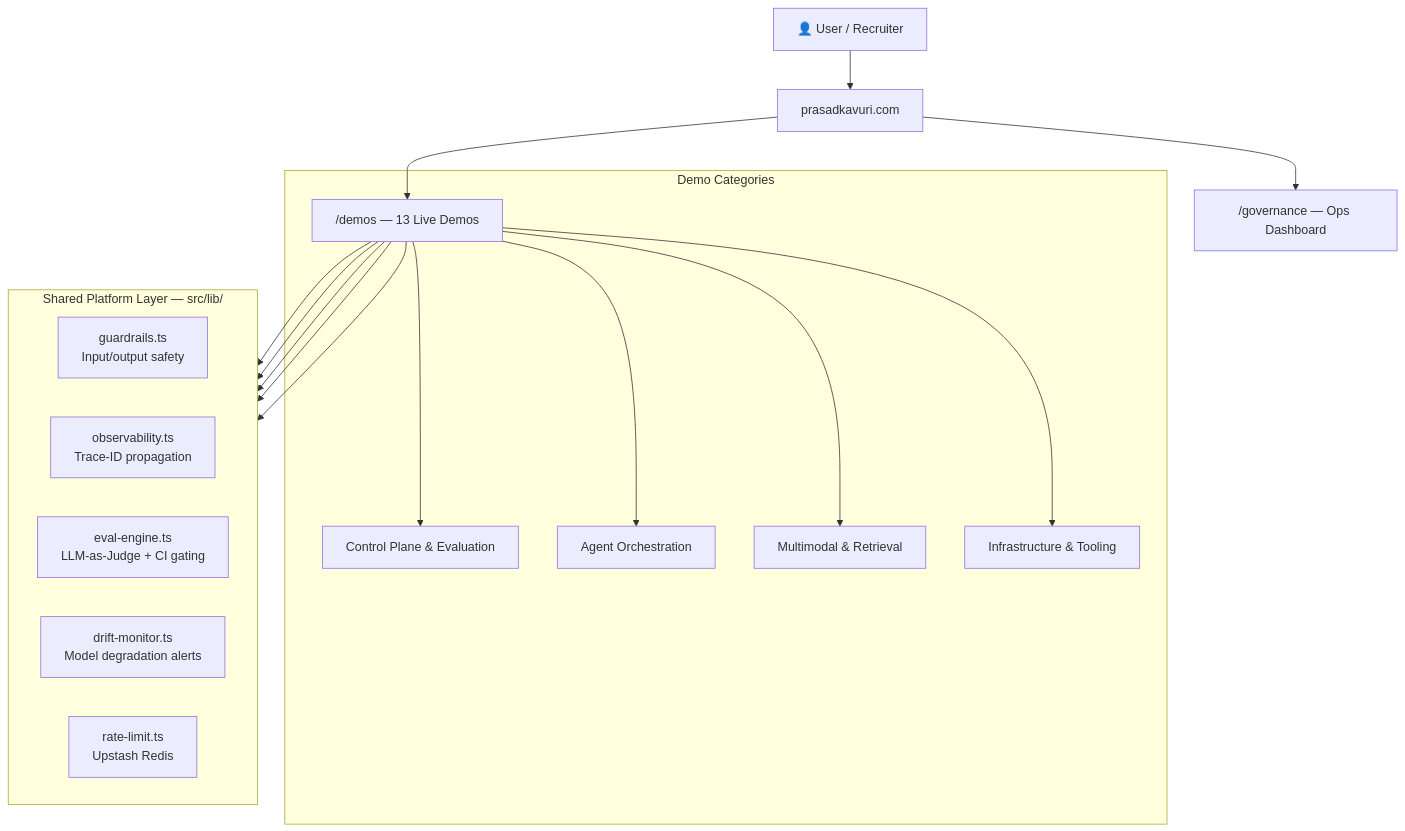
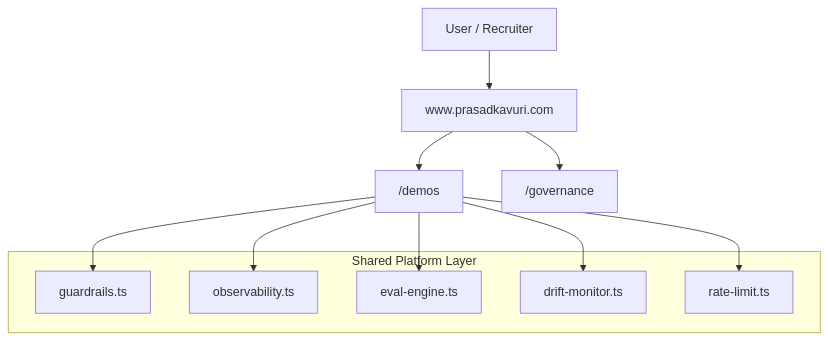
One commit to prasad-kavuri/prasad-portfolio changed the diagram in README.md. Above: the diagram before and after it, drawn with Mermaid. The commit also changed other lines of this file and 35 other files, not shown here.

````diff
--- a/README.md
+++ b/README.md
@@ -20,29 +27,20 @@
 ```mermaid
 graph TD
-  User["👤 User / Recruiter"] --> Site["prasadkavuri.com"]
+  User["User / Recruiter"] --> Site["www.prasadkavuri.com"]
+  Site --> Demos["/demos"]
+  Site --> Governance["/governance"]
 
-  Site --> Gov["/governance — Ops Dashboard"]
-  Site --> Demos["/demos — 13 Live Demos"]
-
-  subgraph "Demo Categories"
-    Demos --> Cat1["Control Plane & Evaluation"]
-    Demos --> Cat2["Agent Orchestration"]
-    Demos --> Cat3["Multimodal & Retrieval"]
-    Demos --> Cat4["Infrastructure & Tooling"]
+  subgraph "Shared Platform Layer"
+    Guardrails["guardrails.ts"]
+    Observability["observability.ts"]
+    Evals["eval-engine.ts"]
+    Drift["drift-monitor.ts"]
+    RateLimit["rate-limit.ts"]
   end
 
-  subgraph "Shared Platform Layer — src/lib/"
-    direction LR
-    G["guardrails.ts\nInput/output safety"]
-    O["observability.ts\nTrace-ID propagation"]
-    E["eval-engine.ts\nLLM-as-Judge + CI gating"]
-    D["drift-monitor.ts\nModel degradation alerts"]
-    R["rate-limit.ts\nUpstash Redis"]
-  end
-
-  Demos --> G
-  Demos --> O
-  Demos --> E
-  Demos --> D
-  Demos --> R
+  Demos --> Guardrails
+  Demos --> Observability
+  Demos --> Evals
+  Demos --> Drift
+  Demos --> RateLimit
 ```
````
